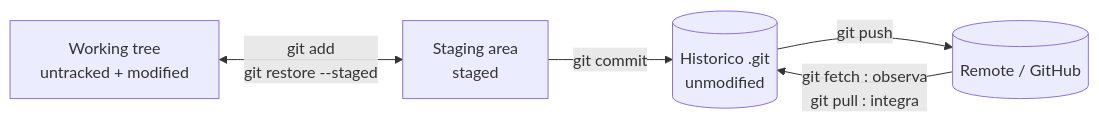
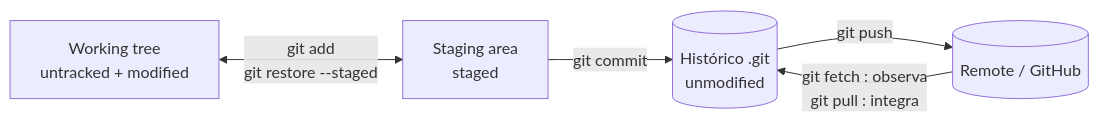
The second of 3 diagrams in 01-Fundamentos/02-Ciclo-de-vida-dos-ficheiros.md (BerniloBernardo-boot/Git-e-GitHub), drawn with Mermaid before and after one commit. The commit also changed 13 other files, not shown here.

Commit message:
docs: traduz elementos explicativos dos diagramas para PT-PT

````diff
--- a/01-Fundamentos/02-Ciclo-de-vida-dos-ficheiros.md
+++ b/01-Fundamentos/02-Ciclo-de-vida-dos-ficheiros.md
@@ -47,7 +47,7 @@
 ```mermaid
 flowchart LR
     W["Working tree<br/>untracked + modified"] <-->|"git add<br/>git restore --staged"| S["Staging area<br/>staged"]
-    S -->|"git commit"| R[("Historico .git<br/>unmodified")]
+    S -->|"git commit"| R[("Histórico .git<br/>unmodified")]
     R -->|"git push"| REM[("Remote / GitHub")]
     REM -->|"git fetch : observa<br/>git pull : integra"| R
 ```
````
